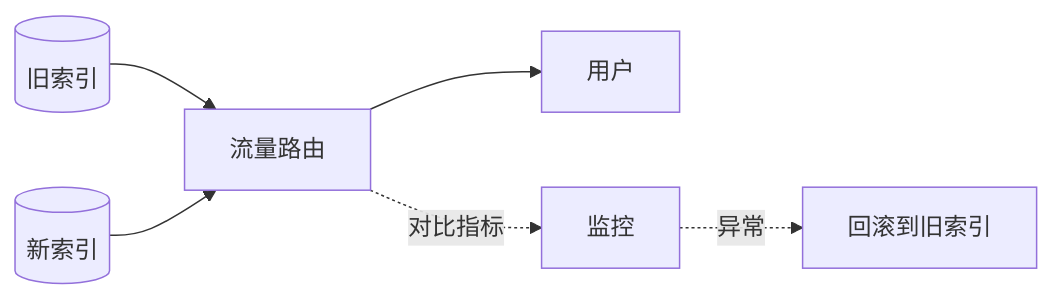
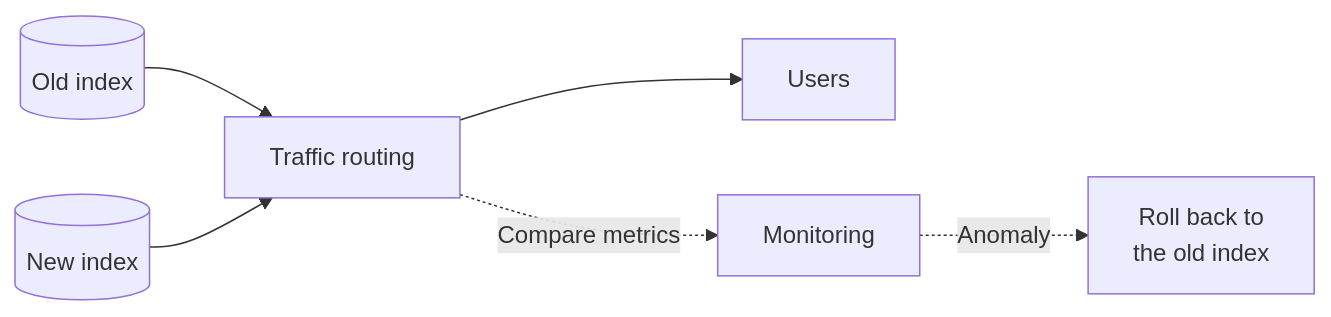
One commit to oneleaveknowsthefall/awesome-ai-roadmap changed the third of 3 diagrams in docs/rag/06-operations-security/19-dynamic-update.md. Above: the diagram before and after it, drawn with Mermaid. The commit also changed other lines of this file and 60 other files, not shown here.

````diff
--- a/docs/rag/06-operations-security/19-dynamic-update.md
+++ b/docs/rag/06-operations-security/19-dynamic-update.md
@@ -130,8 +130,8 @@
 ```mermaid
 flowchart LR
-    OLD[(旧索引)] --> R[流量路由]
-    NEW[(新索引)] --> R
-    R --> U[用户]
-    R -.->|对比指标| M[监控]
-    M -.->|异常| RB[回滚到旧索引]
+    OLD[(Old index)] --> R[Traffic routing]
+    NEW[(New index)] --> R
+    R --> U[Users]
+    R -.->|Compare metrics| M[Monitoring]
+    M -.->|Anomaly| RB[Roll back to<br/>the old index]
 ```
````
